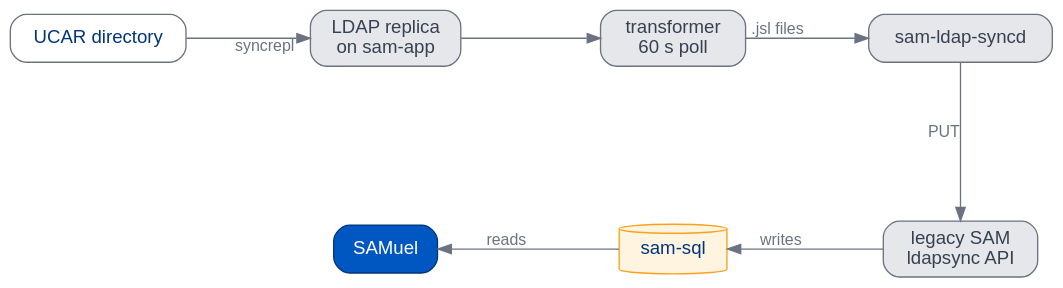
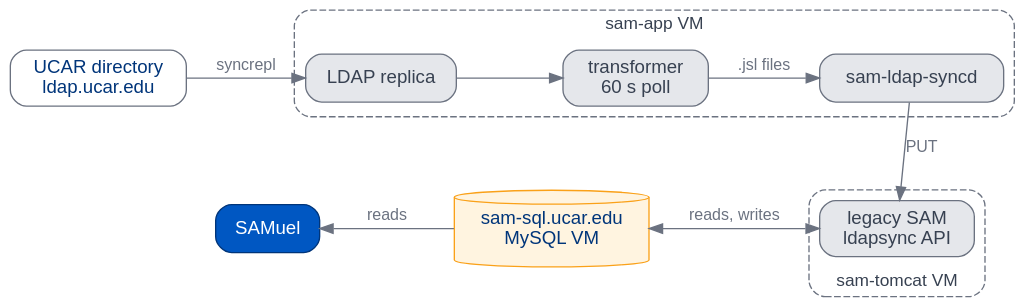
The third of 6 diagrams in docs/samuel/_4-systems.qmd (benkirk/quarto-docs-framework), drawn with Graphviz before and after one commit. The commit also changed other lines of this file, not shown here.

Commit message:
samuel: Part 4's identity diagram draws the services inside their VMs
"From the directory to users" moves from pinned neato to dot, so clusters survive. The LDAP
replica, transformer and sam-ldap-syncd sit in a dashed "sam-app VM" box, and legacy SAM's
ldapsync API in a "sam-tomcat VM" box. Hosts are named (ldap.ucar.edu, sam-sql.ucar.edu), and
legacy SAM now reads as well as writes sam-sql (Ben). It still runs as a two-row snake at
about 3:1.

`make -C docs/samuel qa DECKS=4-systems`: ok. Checked by eye in HTML and PDF.

Claude-Session: https://claude.ai/code/session_011k25PSHgyd7csFqhCGqXuL

````diff
--- a/docs/samuel/_4-systems.qmd
+++ b/docs/samuel/_4-systems.qmd
@@ -195,24 +195,33 @@
 ```{dot}
 //| fig-width: 10
 digraph Identity {
-  graph [layout=neato, splines=true, bgcolor="transparent"];
+  graph [rankdir=TB, newrank=true, nodesep=0.55, ranksep=0.7, bgcolor="transparent",
+         fontname="Helvetica", fontsize=13, fontcolor="#374151"];
   node  [shape=box, style="rounded,filled", fontname="Helvetica", fontsize=14,
          fillcolor="#E5E7EB", color="#6B7280", fontcolor="#374151", margin="0.18,0.08"];
   edge  [fontname="Helvetica", fontsize=12, color="#6B7280", fontcolor="#6B7280"];
-  dir    [label="UCAR directory", pos="0,2.2!", fillcolor="#FFFFFF", fontcolor="#00357A"];
-  repl   [label="LDAP replica\non sam-app", pos="3,2.2!"];
-  xf     [label="transformer\n60 s poll", pos="6,2.2!"];
-  syncd  [label="sam-ldap-syncd", pos="9,2.2!"];
-  tomcat [label="legacy SAM\nldapsync API", pos="9,0!"];
-  sql    [label="sam-sql", pos="6,0!", shape=cylinder, fillcolor="#FFF4E0", color="#FAA119",
-          fontcolor="#00357A"];
-  samuel [label="SAMuel", pos="3,0!", fillcolor="#0057C2", color="#00357A",
-          fontcolor="#FFFFFF"];
+  dir    [label="UCAR directory\nldap.ucar.edu", fillcolor="#FFFFFF", fontcolor="#00357A"];
+  subgraph cluster_app {
+    label="sam-app VM"; style="rounded,dashed"; color="#6B7280";
+    repl  [label="LDAP replica"];
+    xf    [label="transformer\n60 s poll"];
+    syncd [label="sam-ldap-syncd"];
+  }
+  subgraph cluster_tomcat {
+    label="sam-tomcat VM"; labelloc=b; style="rounded,dashed"; color="#6B7280";
+    tomcat [label="legacy SAM\nldapsync API"];
+  }
+  sql    [label="sam-sql.ucar.edu\nMySQL VM", shape=cylinder, fillcolor="#FFF4E0",
+          color="#FAA119", fontcolor="#00357A"];
+  samuel [label="SAMuel", fillcolor="#0057C2", color="#00357A", fontcolor="#FFFFFF"];
+  {rank=same; dir; repl; xf; syncd}
+  {rank=same; samuel; sql; tomcat}
   dir -> repl [label="syncrepl"];
   repl -> xf;
   xf -> syncd [label=".jsl files"];
   syncd -> tomcat [label="PUT"];
-  tomcat -> sql [label="writes"];
-  sql -> samuel [label="reads"];
+  samuel -> sql [dir=back, label="reads"];
+  sql -> tomcat [dir=both, label="reads, writes"];
+  dir -> samuel [style=invis];
 }
 ```
````
